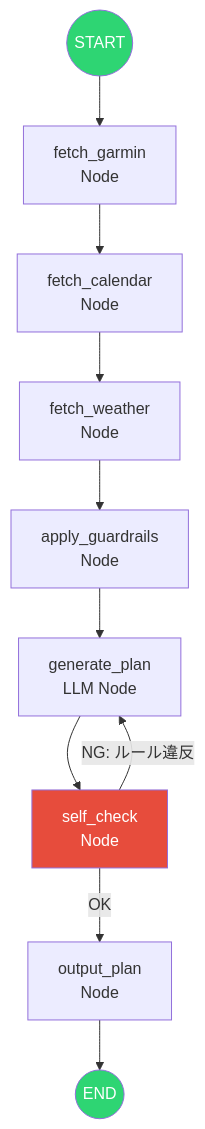
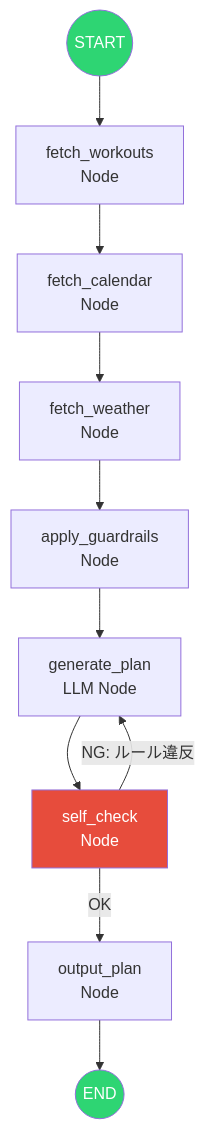
The diagram in docs/phase3-langgraph.md (fuzztarou/run-coach), drawn with Mermaid before and after one commit. The commit also changed other lines of this file and 10 other files, not shown here.

````diff
--- a/docs/phase3-langgraph.md
+++ b/docs/phase3-langgraph.md
@@ -12,19 +12,19 @@
 ```mermaid
 flowchart TB
     START((START))
-    START --> FG[fetch_garmin<br>Node]
+    START --> FG[fetch_workouts<br>Node]
     FG --> FC[fetch_calendar<br>Node]
     FC --> FW[fetch_weather<br>Node]
     FW --> GR[apply_guardrails<br>Node]
     GR --> GEN[generate_plan<br>LLM Node]
     GEN --> CHK[self_check<br>Node]
 
     CHK -->|OK| OUT[output_plan<br>Node]
     CHK -->|NG: ルール違反| GEN
 
     OUT --> END((END))
 
     style START fill:#2ed573,color:#fff
     style END fill:#2ed573,color:#fff
     style CHK fill:#e74c3c,color:#fff
 ```
````
